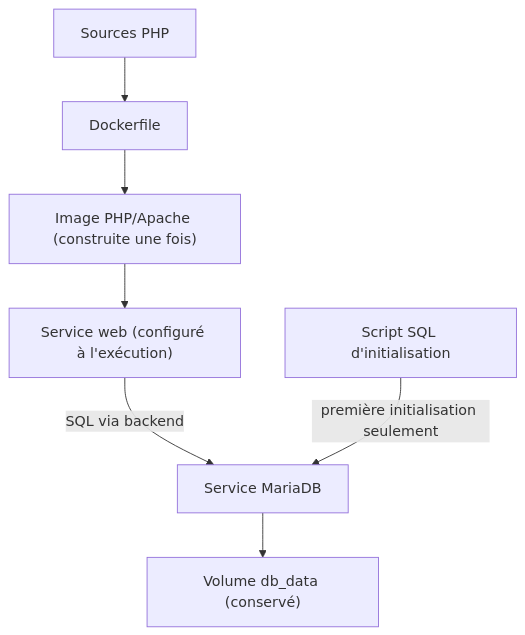
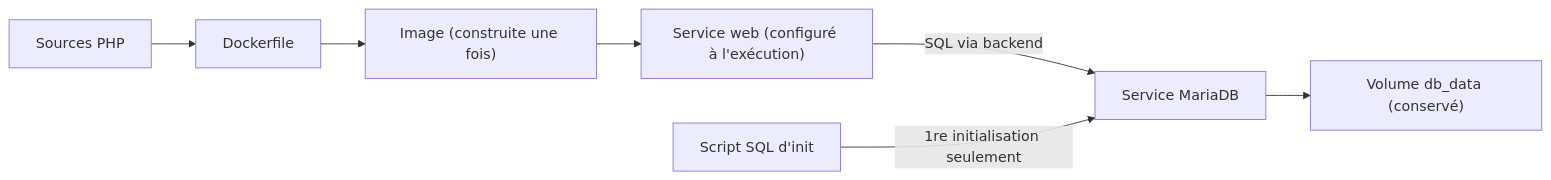
The diagram in docs/Docker-Compose.md (astronas/Ynov---Containerization-Orchestration), drawn with Mermaid before and after one commit. The commit also changed other lines of this file and 160 other files, not shown here.

First line of the commit message:
Refonte visuelle : charte des rendus de TP, illustrations et captures réelles

````diff
--- a/docs/Docker-Compose.md
+++ b/docs/Docker-Compose.md
@@ -323,9 +203,8 @@
 ```mermaid
-flowchart TB
-    S["Sources PHP"] --> F["Dockerfile"]
-    F --> I["Image PHP/Apache (construite une fois)"]
+flowchart LR
+    S["Sources PHP"] --> F["Dockerfile"] --> I["Image (construite une fois)"]
     I --> W["Service web (configuré à l'exécution)"]
     W -->|"SQL via backend"| B["Service MariaDB"]
     B --> V["Volume db_data (conservé)"]
-    Q["Script SQL d'initialisation"] -->|"première initialisation seulement"| B
+    Q["Script SQL d'init"] -->|"1re initialisation seulement"| B
 ```
````
